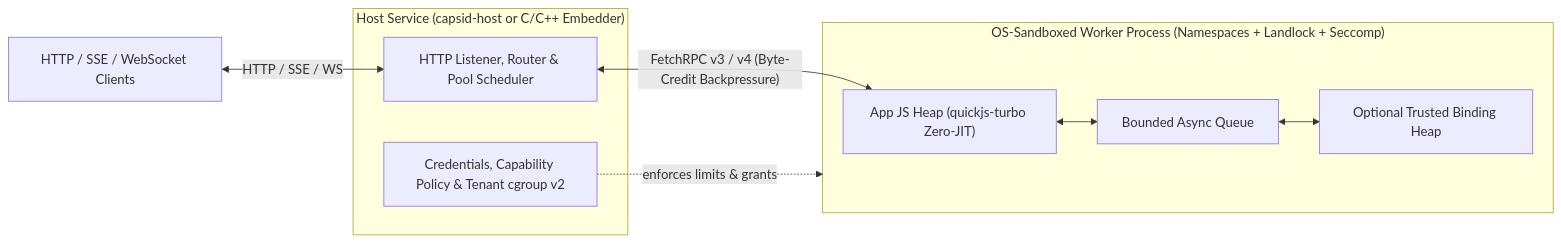
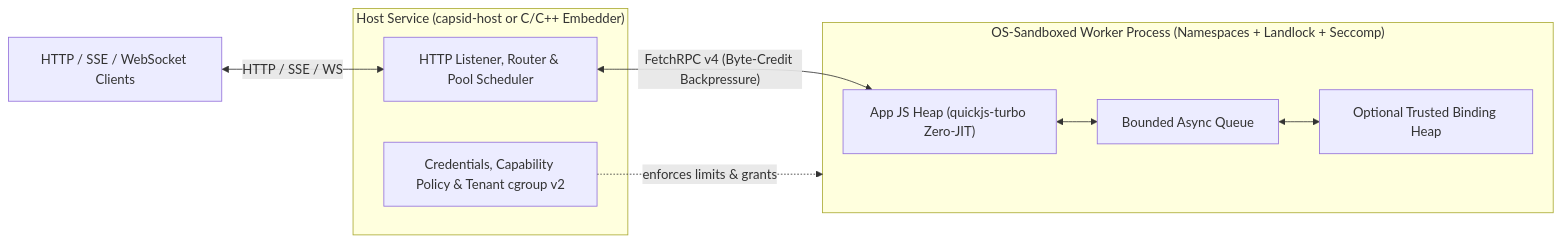
The diagram in README.md (rowanellis-113/capsid), drawn with Mermaid before and after one commit. The commit also changed other lines of this file and 237 other files, not shown here.

Commit message:
v0.3.2 candidate: C ABI v8, FetchRPC v4-only, NX stack, Config v2 and pool remediations

````diff
--- a/README.md
+++ b/README.md
@@ -174,17 +174,17 @@
 ```mermaid
 flowchart LR
     Client["HTTP / SSE / WebSocket Clients"]
     subgraph Host["Host Service (capsid-host or C/C++ Embedder)"]
         Router["HTTP Listener, Router & Pool Scheduler"]
         Policy["Credentials, Capability Policy & Tenant cgroup v2"]
     end
     subgraph Worker["OS-Sandboxed Worker Process (Namespaces + Landlock + Seccomp)"]
         AppHeap["App JS Heap (quickjs-turbo Zero-JIT)"]
         Queue["Bounded Async Queue"]
         BindingHeap["Optional Trusted Binding Heap"]
         AppHeap <--> Queue <--> BindingHeap
     end
     Client <-->|"HTTP / SSE / WS"| Router
     Policy -. "enforces limits & grants" .-> Worker
-    Router <-->|"FetchRPC v3 / v4 (Byte-Credit Backpressure)"| AppHeap
+    Router <-->|"FetchRPC v4 (Byte-Credit Backpressure)"| AppHeap
 ```
````
